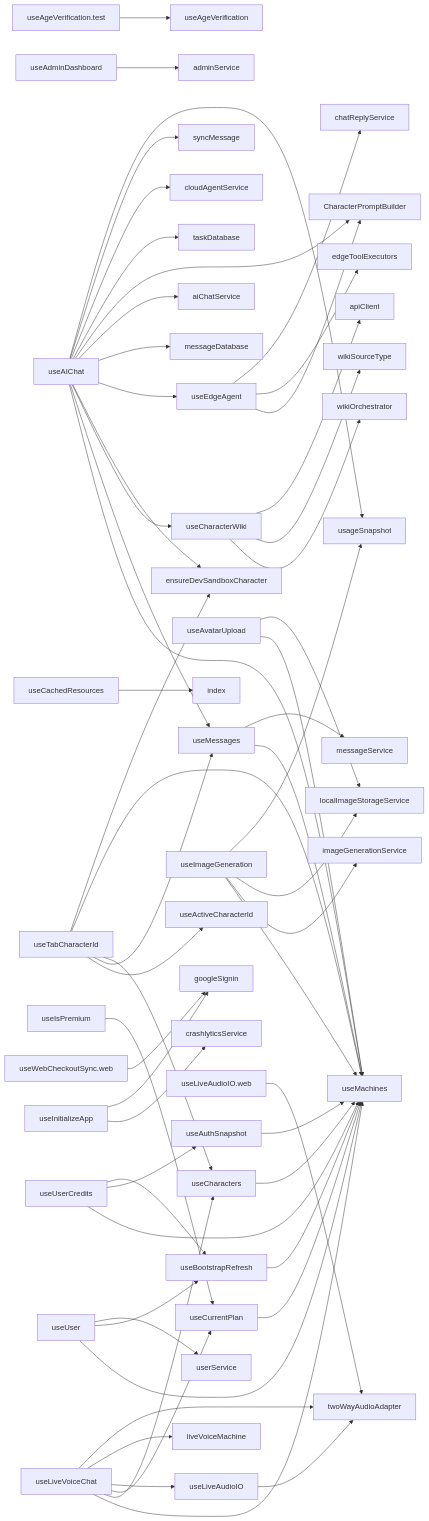
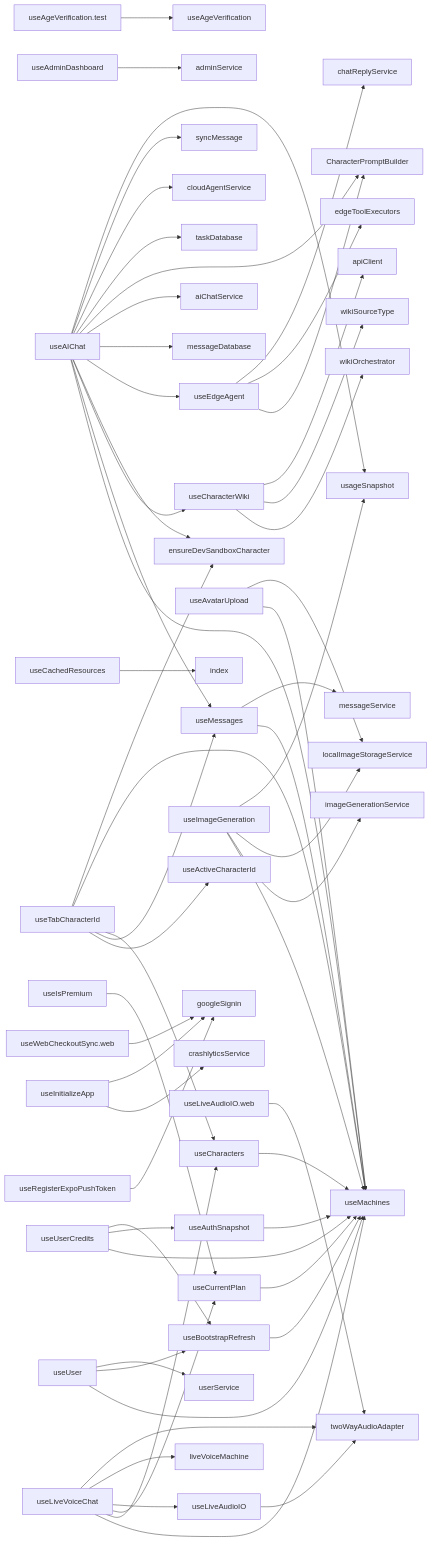
Before and after one commit to equationalapplications/clanker: the diagram in docs/flowcharts/HOOKS.md, drawn with Mermaid. The commit also changed 2 other files, not shown here.

Commit message:
fix(bridge): rate-limit auth bridge routes and refresh docs
Add authRouteLimiter to browser register-device, expo-push-token, and
approve-action endpoints to satisfy CodeQL. Regenerate HOOKS flowchart
and document migration 0017 in architecture-and-data.

````diff
--- a/docs/flowcharts/HOOKS.md
+++ b/docs/flowcharts/HOOKS.md
@@ -4,59 +4,60 @@
 ```mermaid
 graph LR
   useAgeVerification.test --> useAgeVerification
   useAIChat --> useMachines
   useAIChat --> useMessages
   useAIChat --> useCharacterWiki
   useAIChat --> ensureDevSandboxCharacter
   useAIChat --> useEdgeAgent
   useAIChat --> messageDatabase
   useAIChat --> aiChatService
   useAIChat --> CharacterPromptBuilder
   useAIChat --> taskDatabase
   useAIChat --> cloudAgentService
   useAIChat --> syncMessage
   useAIChat --> usageSnapshot
   useAdminDashboard --> adminService
   useAuthSnapshot --> useMachines
   useAvatarUpload --> useMachines
   useAvatarUpload --> localImageStorageService
   useBootstrapRefresh --> useMachines
   useCachedResources --> index
   useCharacterWiki --> wikiOrchestrator
   useCharacterWiki --> wikiSourceType
   useCharacterWiki --> apiClient
   useCharacters --> useMachines
   useCurrentPlan --> useMachines
   useEdgeAgent --> CharacterPromptBuilder
   useEdgeAgent --> edgeToolExecutors
   useEdgeAgent --> chatReplyService
   useImageGeneration --> useMachines
   useImageGeneration --> imageGenerationService
   useImageGeneration --> localImageStorageService
   useImageGeneration --> usageSnapshot
   useInitializeApp --> crashlyticsService
   useInitializeApp --> googleSignin
   useIsPremium --> useCurrentPlan
   useLiveAudioIO --> twoWayAudioAdapter
   useLiveAudioIO.web --> twoWayAudioAdapter
   useLiveVoiceChat --> useMachines
   useLiveVoiceChat --> useCharacters
   useLiveVoiceChat --> useCurrentPlan
   useLiveVoiceChat --> useLiveAudioIO
   useLiveVoiceChat --> liveVoiceMachine
   useLiveVoiceChat --> twoWayAudioAdapter
   useMessages --> useMachines
   useMessages --> messageService
+  useRegisterExpoPushToken --> googleSignin
   useTabCharacterId --> useActiveCharacterId
   useTabCharacterId --> useMessages
   useTabCharacterId --> useCharacters
   useTabCharacterId --> useMachines
   useTabCharacterId --> ensureDevSandboxCharacter
   useUser --> useMachines
   useUser --> useBootstrapRefresh
   useUser --> userService
   useUserCredits --> useMachines
   useUserCredits --> useAuthSnapshot
   useUserCredits --> useBootstrapRefresh
   useWebCheckoutSync.web --> googleSignin
 ```
````
